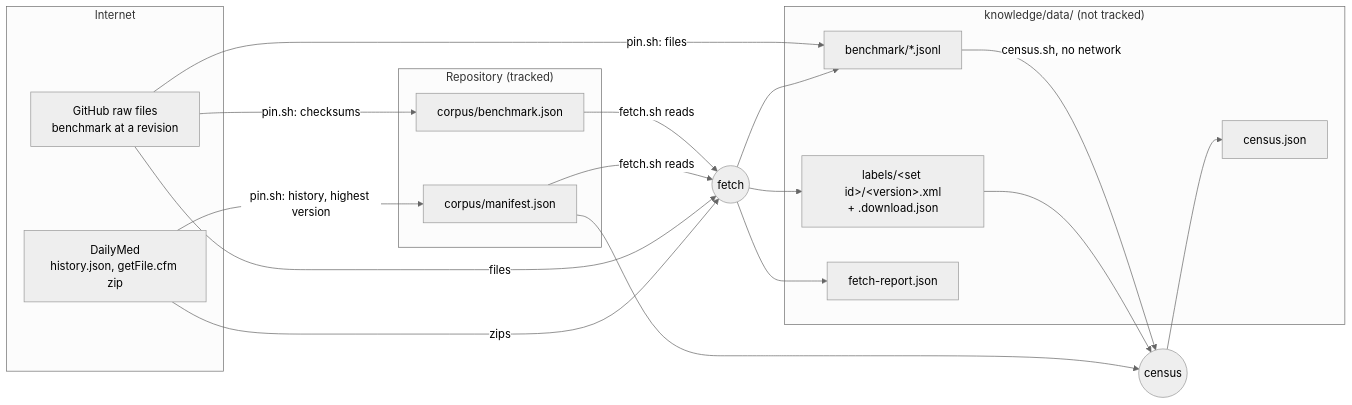
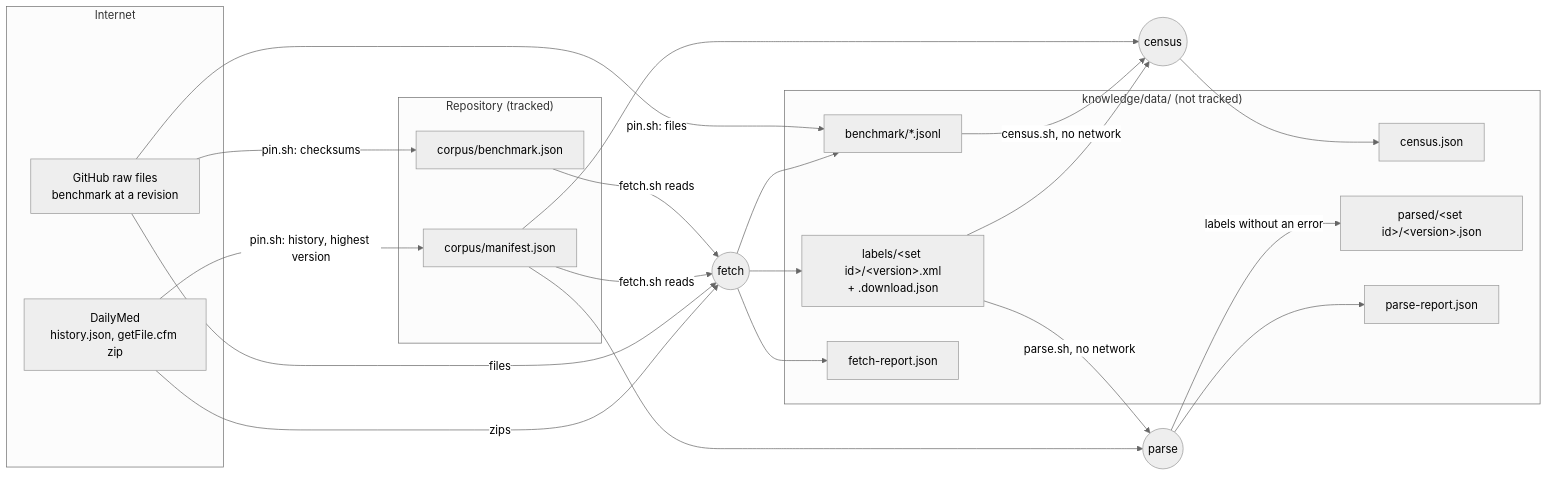
The first of 3 diagrams in docs/architecture/knowledge.md (AndrewPHunter/ai-on-aws), drawn with Mermaid (neutral theme) before and after one commit. The commit also changed other lines of this file and 32 other files, not shown here.

````diff
--- a/docs/architecture/knowledge.md
+++ b/docs/architecture/knowledge.md
@@ -35,31 +38,37 @@
 ```mermaid
 flowchart LR
     subgraph Internet
         GH["GitHub raw files<br/>benchmark at a revision"]
         DM["DailyMed<br/>history.json, getFile.cfm zip"]
     end
     subgraph Repository["Repository (tracked)"]
         P["corpus/benchmark.json"]
         M["corpus/manifest.json"]
     end
     subgraph Data["knowledge/data/ (not tracked)"]
         B["benchmark/*.jsonl"]
         L["labels/&lt;set id&gt;/&lt;version&gt;.xml<br/>+ .download.json"]
         FR["fetch-report.json"]
         C["census.json"]
+        PD["parsed/&lt;set id&gt;/&lt;version&gt;.json"]
+        PR["parse-report.json"]
     end
     GH -- "pin.sh: files" --> B
     GH -- "pin.sh: checksums" --> P
     DM -- "pin.sh: history, highest version" --> M
     P -- "fetch.sh reads" --> F(("fetch"))
     M -- "fetch.sh reads" --> F
     GH -- "files" --> F
     DM -- "zips" --> F
     F --> B
     F --> L
     F --> FR
     B -- "census.sh, no network" --> CE(("census"))
     L --> CE
     M --> CE
     CE --> C
+    L -- "parse.sh, no network" --> PA(("parse"))
+    M --> PA
+    PA -- "labels without an error" --> PD
+    PA --> PR
 ```
````
